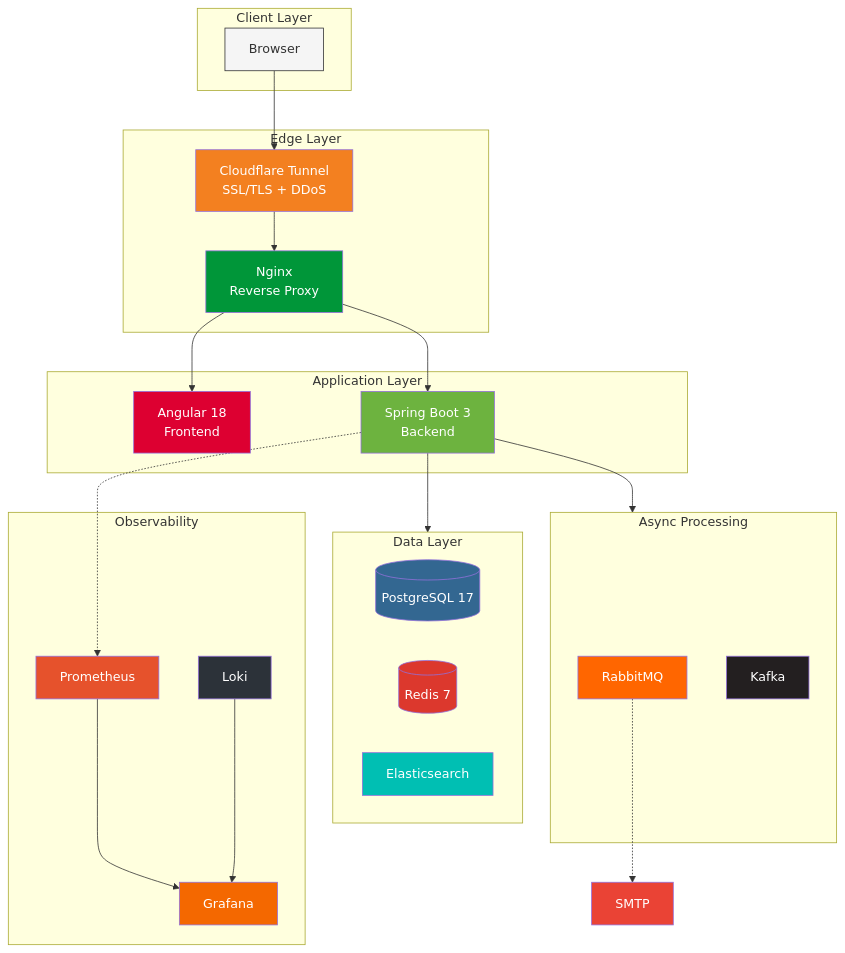
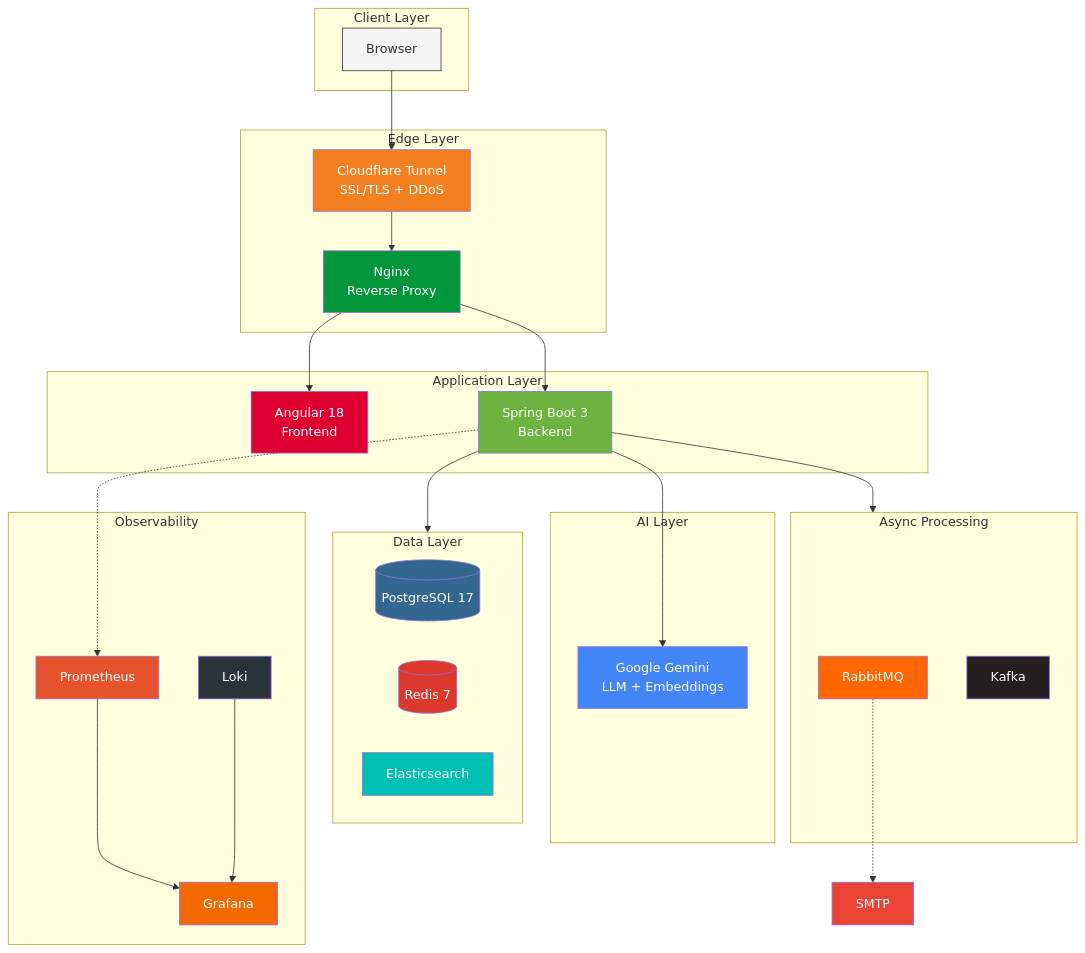
The diagram in README.md (emmanuelgabe/portfolio), drawn with Mermaid before and after one commit. The commit also changed other lines of this file and 1 other file, not shown here.

````diff
--- a/README.md
+++ b/README.md
@@ -48,55 +54,61 @@
 ```mermaid
 flowchart TB
     subgraph Client["Client Layer"]
         User["Browser"]
     end
 
     subgraph Edge["Edge Layer"]
         CF["Cloudflare Tunnel<br/>SSL/TLS + DDoS"]
         NGINX["Nginx<br/>Reverse Proxy"]
     end
 
     subgraph Application["Application Layer"]
         FE["Angular 18<br/>Frontend"]
         BE["Spring Boot 3<br/>Backend"]
     end
 
     subgraph Data["Data Layer"]
         DB[("PostgreSQL 17")]
         Redis[("Redis 7")]
         ES["Elasticsearch"]
     end
 
+    subgraph AI["AI Layer"]
+        Gemini["Google Gemini<br/>LLM + Embeddings"]
+    end
+
     subgraph Async["Async Processing"]
         RabbitMQ["RabbitMQ"]
         Kafka["Kafka"]
     end
 
     subgraph Observability["Observability"]
         Prometheus --> Grafana
         Loki --> Grafana
     end
 
     User --> CF --> NGINX
     NGINX --> FE
     NGINX --> BE
     BE --> Data
     BE --> Async
+    BE --> Gemini
     BE -.-> Prometheus
     RabbitMQ -.-> Mail["SMTP"]
 
     style User fill:#f5f5f5,stroke:#333
     style CF fill:#f38020,color:#fff
     style NGINX fill:#009639,color:#fff
     style FE fill:#dd0031,color:#fff
     style BE fill:#6db33f,color:#fff
     style DB fill:#336791,color:#fff
     style Redis fill:#dc382d,color:#fff
     style ES fill:#00bfb3,color:#fff
     style RabbitMQ fill:#ff6600,color:#fff
     style Kafka fill:#231f20,color:#fff
     style Mail fill:#ea4335,color:#fff
+    style Gemini fill:#4285f4,color:#fff
     style Prometheus fill:#e6522c,color:#fff
     style Grafana fill:#f46800,color:#fff
     style Loki fill:#2c3239,color:#fff
 ```
````
